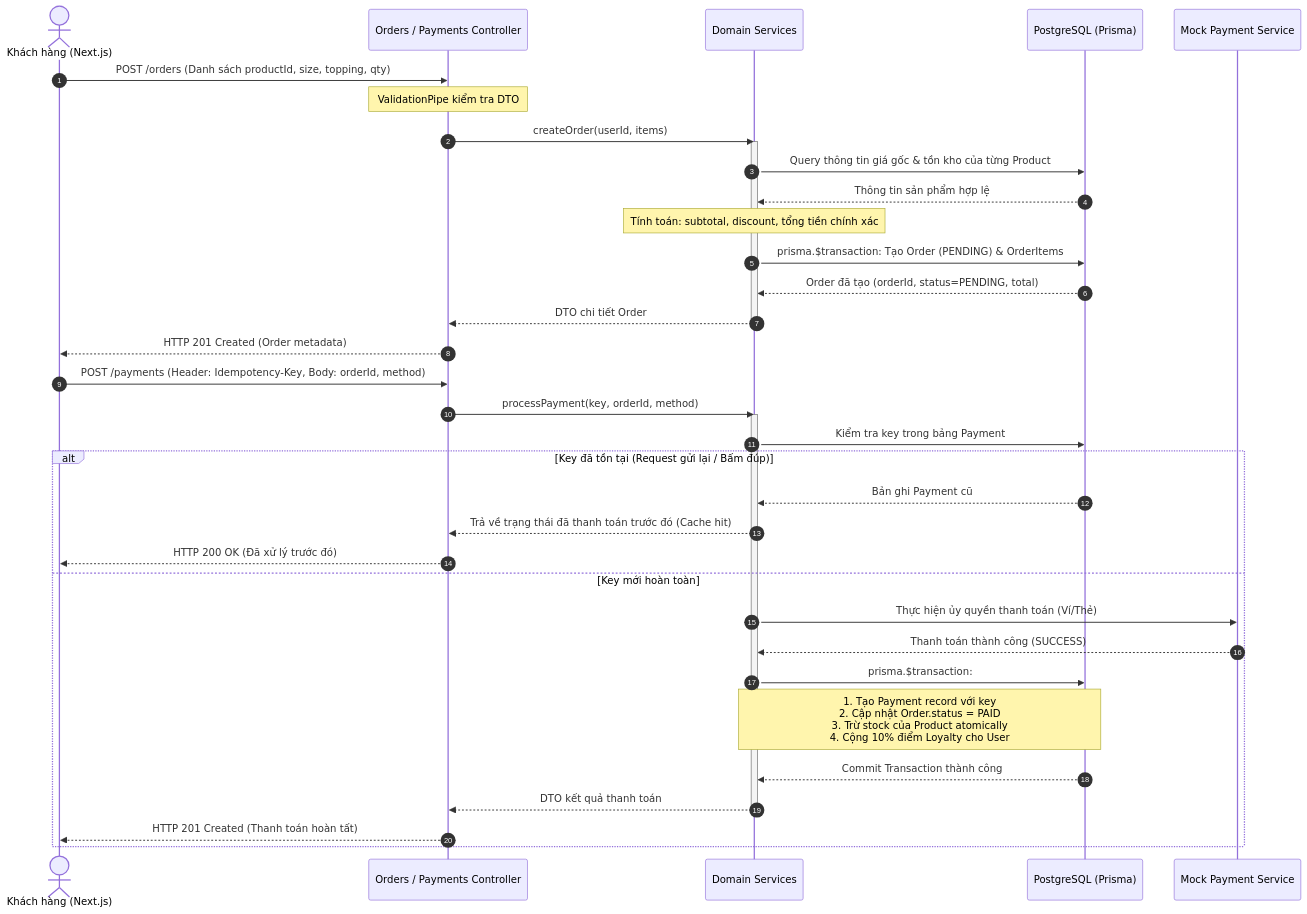
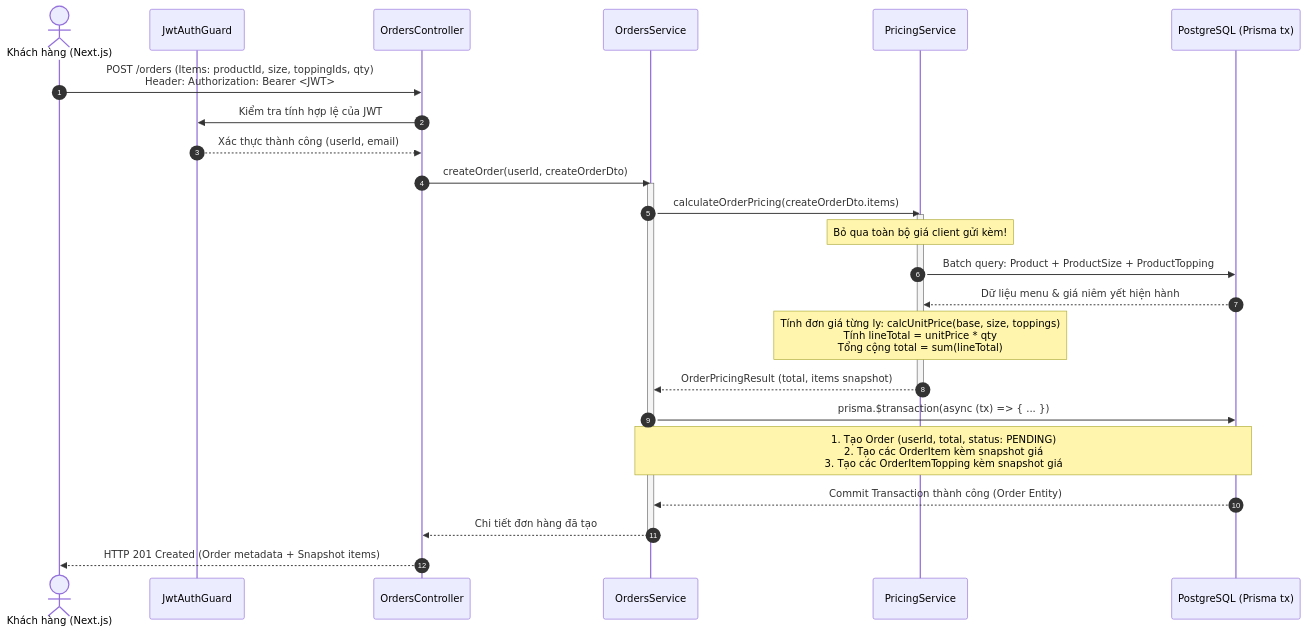
The fifth of 6 diagrams in docs/architecture.md (Minh628/BrewLite), drawn with Mermaid before and after one commit. The commit also changed other lines of this file, not shown here.

Commit message:
docs(architecture): update architecture documentation and erd v2 for sprint 2

````diff
--- a/docs/architecture.md
+++ b/docs/architecture.md
@@ -280,43 +463,33 @@
 ```mermaid
 sequenceDiagram
     autonumber
-    actor Customer as Khách hàng (Next.js)
-    participant Ctrl as Orders / Payments Controller
-    participant Service as Domain Services
-    participant DB as PostgreSQL (Prisma)
-    participant MockPay as Mock Payment Service
+    actor Client as Khách hàng (Next.js)
+    participant AuthGuard as JwtAuthGuard
+    participant OrderCtrl as OrdersController
+    participant OrderServ as OrdersService
+    participant PriceServ as PricingService
+    participant DB as PostgreSQL (Prisma tx)
 
-    %% Luồng 1: Tạo đơn
-    Customer->>Ctrl: POST /orders (Danh sách productId, size, topping, qty)
-    Note over Ctrl: ValidationPipe kiểm tra DTO
-    Ctrl->>Service: createOrder(userId, items)
-    activate Service
-    Service->>DB: Query thông tin giá gốc & tồn kho của từng Product
-    DB-->>Service: Thông tin sản phẩm hợp lệ
-    Note over Service: Tính toán: subtotal, discount, tổng tiền chính xác
-    Service->>DB: prisma.$transaction: Tạo Order (PENDING) & OrderItems
-    DB-->>Service: Order đã tạo (orderId, status=PENDING, total)
-    Service-->>Ctrl: DTO chi tiết Order
-    deactivate Service
-    Ctrl-->>Customer: HTTP 201 Created (Order metadata)
+    Client->>OrderCtrl: POST /orders (Items: productId, size, toppingIds, qty)<br>Header: Authorization: Bearer <JWT>
+    OrderCtrl->>AuthGuard: Kiểm tra tính hợp lệ của JWT
+    AuthGuard-->>OrderCtrl: Xác thực thành công (userId, email)
+    OrderCtrl->>OrderServ: createOrder(userId, createOrderDto)
+    activate OrderServ
 
-    %% Luồng 2: Thanh toán Idempotent
-    Customer->>Ctrl: POST /payments (Header: Idempotency-Key, Body: orderId, method)
-    Ctrl->>Service: processPayment(key, orderId, method)
-    activate Service
-    Service->>DB: Kiểm tra key trong bảng Payment
-    alt Key đã tồn tại (Request gửi lại / Bấm đúp)
-        DB-->>Service: Bản ghi Payment cũ
-        Service-->>Ctrl: Trả về trạng thái đã thanh toán trước đó (Cache hit)
-        Ctrl-->>Customer: HTTP 200 OK (Đã xử lý trước đó)
-    else Key mới hoàn toàn
-        Service->>MockPay: Thực hiện ủy quyền thanh toán (Ví/Thẻ)
-        MockPay-->>Service: Thanh toán thành công (SUCCESS)
-        Service->>DB: prisma.$transaction:
-        Note over Service,DB: 1. Tạo Payment record với key<br>2. Cập nhật Order.status = PAID<br>3. Trừ stock của Product atomically<br>4. Cộng 10% điểm Loyalty cho User
-        DB-->>Service: Commit Transaction thành công
-        Service-->>Ctrl: DTO kết quả thanh toán
-        deactivate Service
-        Ctrl-->>Customer: HTTP 201 Created (Thanh toán hoàn tất)
-    end
+    OrderServ->>PriceServ: calculateOrderPricing(createOrderDto.items)
+    activate PriceServ
+    Note over PriceServ: Bỏ qua toàn bộ giá client gửi kèm!
+    PriceServ->>DB: Batch query: Product + ProductSize + ProductTopping
+    DB-->>PriceServ: Dữ liệu menu & giá niêm yết hiện hành
+    Note over PriceServ: Tính đơn giá từng ly: calcUnitPrice(base, size, toppings)<br>Tính lineTotal = unitPrice * qty<br>Tổng cộng total = sum(lineTotal)
+    PriceServ-->>OrderServ: OrderPricingResult (total, items snapshot)
+    deactivate PriceServ
+
+    OrderServ->>DB: prisma.$transaction(async (tx) => { ... })
+    Note over OrderServ,DB: 1. Tạo Order (userId, total, status: PENDING)<br>2. Tạo các OrderItem kèm snapshot giá<br>3. Tạo các OrderItemTopping kèm snapshot giá
+    DB-->>OrderServ: Commit Transaction thành công (Order Entity)
+    OrderServ-->>OrderCtrl: Chi tiết đơn hàng đã tạo
+    deactivate OrderServ
+
+    OrderCtrl-->>Client: HTTP 201 Created (Order metadata + Snapshot items)
 ```
````
